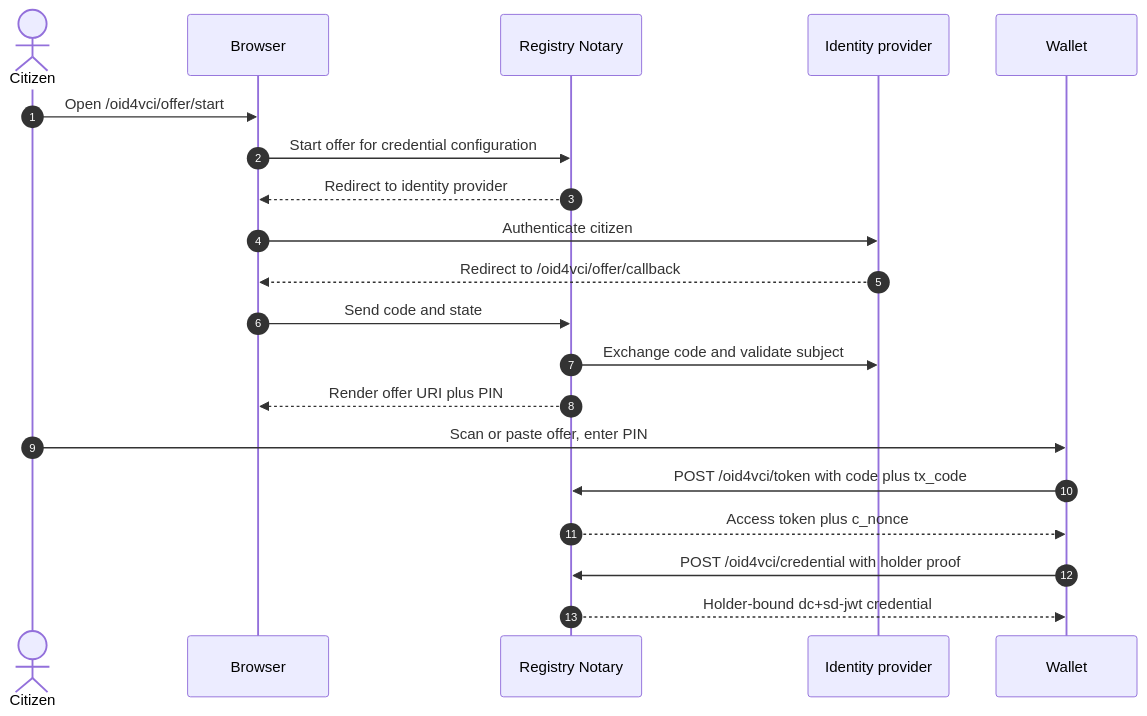
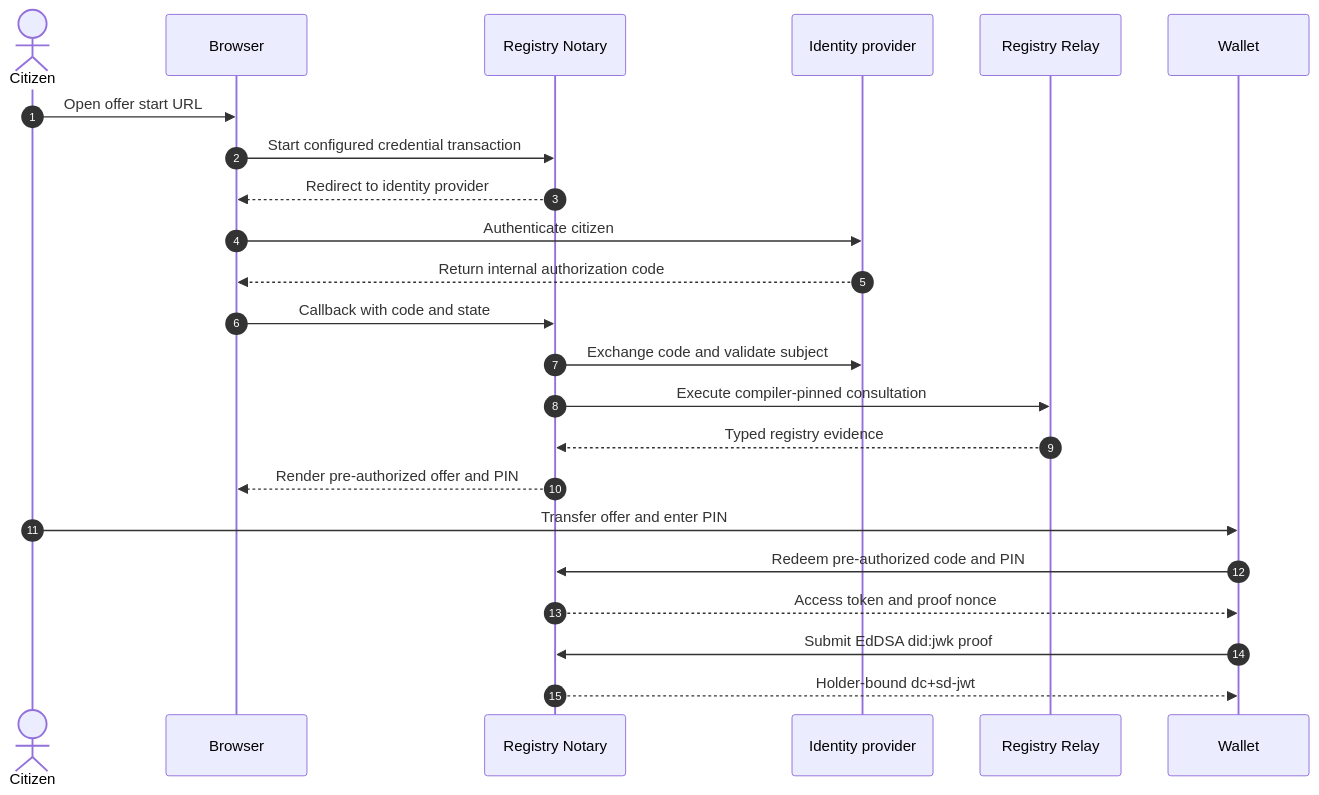
The diagram in products/notary/docs/oid4vci-wallet-interop.md (registrystack/registry-stack), drawn with Mermaid before and after one commit. The commit also changed other lines of this file and 357 other files, not shown here.

````diff
--- a/products/notary/docs/oid4vci-wallet-interop.md
+++ b/products/notary/docs/oid4vci-wallet-interop.md
@@ -90,23 +84,26 @@
 ```mermaid
 sequenceDiagram
     autonumber
     actor Citizen
     participant Browser
     participant Notary as Registry Notary
     participant IdP as Identity provider
+    participant Relay as Registry Relay
     participant Wallet
 
-    Citizen->>Browser: Open /oid4vci/offer/start
-    Browser->>Notary: Start offer for credential configuration
+    Citizen->>Browser: Open offer start URL
+    Browser->>Notary: Start configured credential transaction
     Notary-->>Browser: Redirect to identity provider
     Browser->>IdP: Authenticate citizen
-    IdP-->>Browser: Redirect to /oid4vci/offer/callback
-    Browser->>Notary: Send code and state
+    IdP-->>Browser: Return internal authorization code
+    Browser->>Notary: Callback with code and state
     Notary->>IdP: Exchange code and validate subject
-    Notary-->>Browser: Render offer URI plus PIN
-    Citizen->>Wallet: Scan or paste offer, enter PIN
-    Wallet->>Notary: POST /oid4vci/token with code plus tx_code
-    Notary-->>Wallet: Access token plus c_nonce
-    Wallet->>Notary: POST /oid4vci/credential with holder proof
-    Notary-->>Wallet: Holder-bound dc+sd-jwt credential
+    Notary->>Relay: Execute compiler-pinned consultation
+    Relay-->>Notary: Typed registry evidence
+    Notary-->>Browser: Render pre-authorized offer and PIN
+    Citizen->>Wallet: Transfer offer and enter PIN
+    Wallet->>Notary: Redeem pre-authorized code and PIN
+    Notary-->>Wallet: Access token and proof nonce
+    Wallet->>Notary: Submit EdDSA did:jwk proof
+    Notary-->>Wallet: Holder-bound dc+sd-jwt
 ```
````
